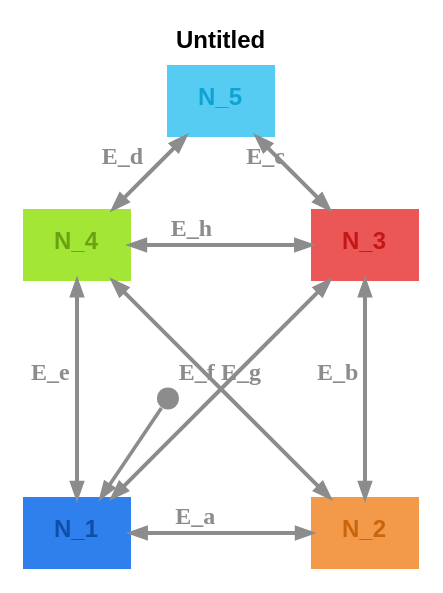
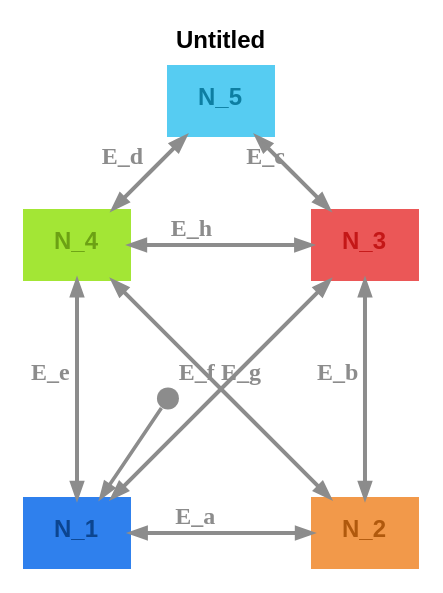
One commit to m-bock/purescript-transit changed the diagram in graphs/house-of-santa-claus.dot. Above: the diagram before and after it, drawn with Graphviz. The commit also changed 18 other files, not shown here.

```diff
--- a/graphs/house-of-santa-claus.dot
+++ b/graphs/house-of-santa-claus.dot
@@ -1,20 +1,20 @@
 digraph 
 {
-rankdir = "TD";fontname = "Arial";label = <<b>Untitled</b>>;labelloc = "t";fontsize = 12
+rankdir = "TD";fontname = "Arial";label = <<b>Untitled</b>>;labelloc = "t";fontsize = 12;bgcolor = "#ffffff"
 layout=neato
-N_1 [pos="0,0!",shape = "box", label = <<b>N_1</b>>, fontsize = 12, style = "filled", fillcolor = "#2f80ed", fontcolor = "#0e50a8", fontname = "Arial", labelloc = "c", penwidth = 0.0]
+N_1 [pos="0,0!",shape = "box", label = <<b>N_1</b>>, fontsize = 12, style = "filled", fillcolor = "#2f80ed", fontcolor = "#0c4590", fontname = "Arial", labelloc = "c", penwidth = 0.0]
 __Start__ [shape = "circle", label = "", width = 0.15, height = 0.15, fixedsize = true, style = "filled", fillcolor = "#8c8c8c", penwidth = 0.0]
 __Start__ -> N_1 [color = "#8c8c8c", fontsize = 12, arrowsize = "0.7", penwidth = 1.8]
-N_2 [pos="2,0!",shape = "box", label = <<b>N_2</b>>, fontsize = 12, style = "filled", fillcolor = "#f2994a", fontcolor = "#c8660e", fontname = "Arial", labelloc = "c", penwidth = 0.0]
+N_2 [pos="2,0!",shape = "box", label = <<b>N_2</b>>, fontsize = 12, style = "filled", fillcolor = "#f2994a", fontcolor = "#b0590d", fontname = "Arial", labelloc = "c", penwidth = 0.0]
 N_2 -> N_1 [color = "#8c8c8c", fontcolor = "#8c8c8c", fontsize = 12, label = <<b>E_a</b>>, arrowsize = "1.5", penwidth = 2.0, dir = "both", arrowsize = "0.7"]
 N_3 [pos="2,2!",shape = "box", label = <<b>N_3</b>>, fontsize = 12, style = "filled", fillcolor = "#eb5757", fontcolor = "#c41717", fontname = "Arial", labelloc = "c", penwidth = 0.0]
 N_3 -> N_2 [color = "#8c8c8c", fontcolor = "#8c8c8c", fontsize = 12, label = <<b>E_b</b>>, arrowsize = "1.5", penwidth = 2.0, dir = "both", arrowsize = "0.7"]
 N_3 -> N_1 [color = "#8c8c8c", fontcolor = "#8c8c8c", fontsize = 12, label = <<b>E_f</b>>, arrowsize = "1.5", penwidth = 2.0, dir = "both", arrowsize = "0.7"]
-N_5 [pos="1,3!",shape = "box", label = <<b>N_5</b>>, fontsize = 12, style = "filled", fillcolor = "#56ccf2", fontcolor = "#10a3d2", fontname = "Arial", labelloc = "c", penwidth = 0.0]
+N_5 [pos="1,3!",shape = "box", label = <<b>N_5</b>>, fontsize = 12, style = "filled", fillcolor = "#56ccf2", fontcolor = "#0d7ea2", fontname = "Arial", labelloc = "c", penwidth = 0.0]
 N_5 -> N_3 [color = "#8c8c8c", fontcolor = "#8c8c8c", fontsize = 12, label = <<b>E_c</b>>, arrowsize = "1.5", penwidth = 2.0, dir = "both", arrowsize = "0.7"]
 N_5 -> N_4 [color = "#8c8c8c", fontcolor = "#8c8c8c", fontsize = 12, label = <<b>E_d</b>>, arrowsize = "1.5", penwidth = 2.0, dir = "both", arrowsize = "0.7"]
 N_4 [pos="0,2!",shape = "box", label = <<b>N_4</b>>, fontsize = 12, style = "filled", fillcolor = "#a3e635", fontcolor = "#6ca114", fontname = "Arial", labelloc = "c", penwidth = 0.0]
 N_4 -> N_1 [color = "#8c8c8c", fontcolor = "#8c8c8c", fontsize = 12, label = <<b>E_e</b>>, arrowsize = "1.5", penwidth = 2.0, dir = "both", arrowsize = "0.7"]
 N_4 -> N_2 [color = "#8c8c8c", fontcolor = "#8c8c8c", fontsize = 12, label = <<b>E_g</b>>, arrowsize = "1.5", penwidth = 2.0, dir = "both", arrowsize = "0.7"]
 N_4 -> N_3 [color = "#8c8c8c", fontcolor = "#8c8c8c", fontsize = 12, label = <<b>E_h</b>>, arrowsize = "1.5", penwidth = 2.0, dir = "both", arrowsize = "0.7"]
 }
```
